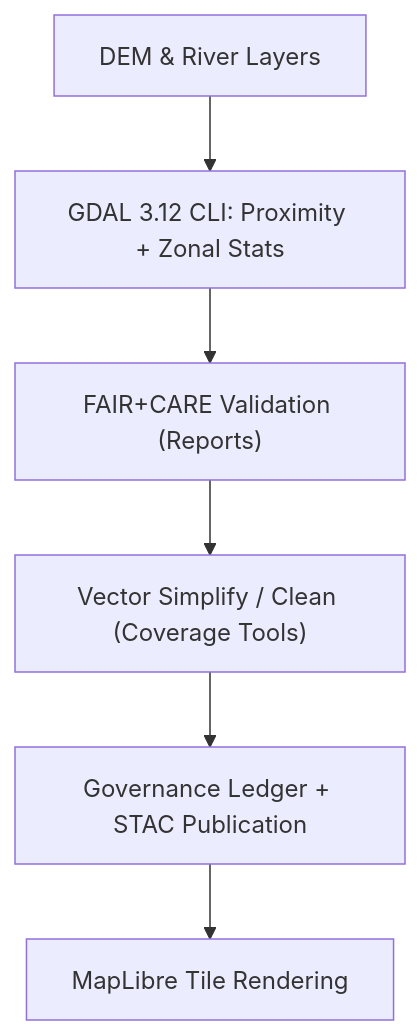
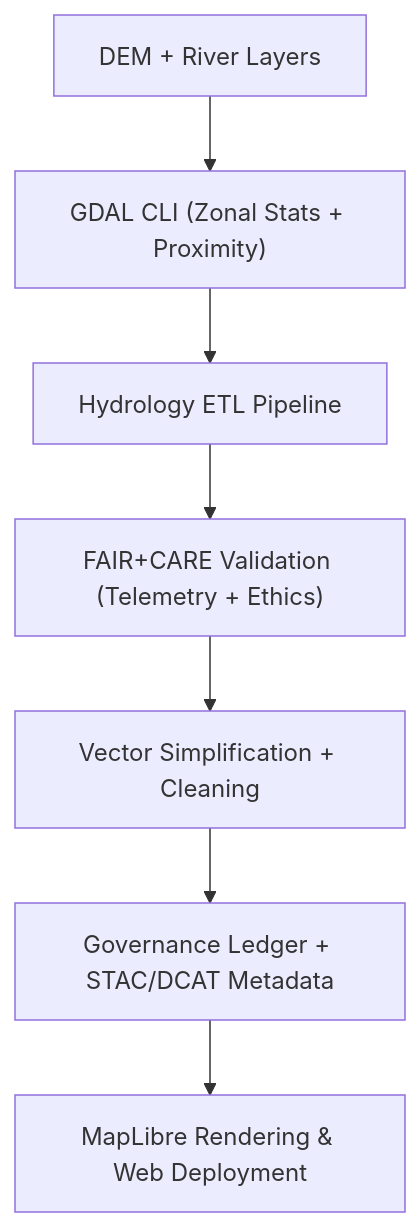
Before and after one commit to bartytime4life/Kansas-Frontier-Matrix: the second of 3 diagrams in docs/guides/geo/README.md, drawn with Mermaid. The commit also changed other lines of this file, not shown here.

````diff
--- a/docs/guides/geo/README.md
+++ b/docs/guides/geo/README.md
@@ -114,8 +118,9 @@
 ```mermaid
 flowchart TD
-  A["DEM & River Layers"] --> B["GDAL 3.12 CLI: Proximity + Zonal Stats"]
-  B --> C["FAIR+CARE Validation (Reports)"]
-  C --> D["Vector Simplify / Clean (Coverage Tools)"]
-  D --> E["Governance Ledger + STAC Publication"]
-  E --> F["MapLibre Tile Rendering"]
+A["DEM + River Layers"] --> B["GDAL CLI (Zonal Stats + Proximity)"]
+B --> C["Hydrology ETL Pipeline"]
+C --> D["FAIR+CARE Validation (Telemetry + Ethics)"]
+D --> E["Vector Simplification + Cleaning"]
+E --> F["Governance Ledger + STAC/DCAT Metadata"]
+F --> G["MapLibre Rendering & Web Deployment"]
 ```
````
